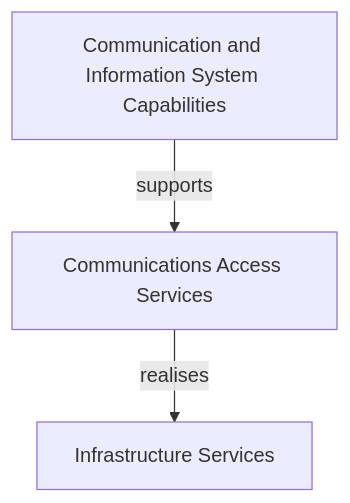
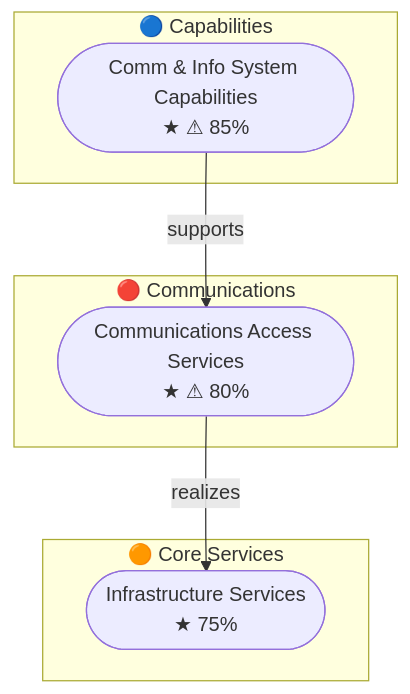
The diagram in docs/en/EXAMPLES.md (carstenartur/Taxonomy), drawn with Mermaid before and after one commit. The commit also changed other lines of this file and 14 other files, not shown here.

Commit message:
Improve Mermaid showcase: multi-line labels, stadium shapes, edge limiting, abbreviated subgraph titles (#288)

````diff
--- a/docs/en/EXAMPLES.md
+++ b/docs/en/EXAMPLES.md
@@ -329,8 +329,14 @@
 ```mermaid
 graph TD
-    CP-1023["Communication and Information System Capabilities"]
-    CO-1011["Communications Access Services"]
-    CR-1047["Infrastructure Services"]
-    CP-1023 -->|supports| CO-1011
-    CO-1011 -->|realises| CR-1047
+    subgraph Capabilities["🔵 Capabilities"]
+        CP_1023(["Comm &amp; Info System Capabilities<br/>★ ⚠ 85%"])
+    end
+    subgraph Communications_Services["🔴 Communications"]
+        CO_1011(["Communications Access Services<br/>★ ⚠ 80%"])
+    end
+    subgraph Core_Services["🟠 Core Services"]
+        CR_1047(["Infrastructure Services<br/>★ 75%"])
+    end
+    CP_1023 -->|supports| CO_1011
+    CO_1011 -->|realizes| CR_1047
 ```
````
